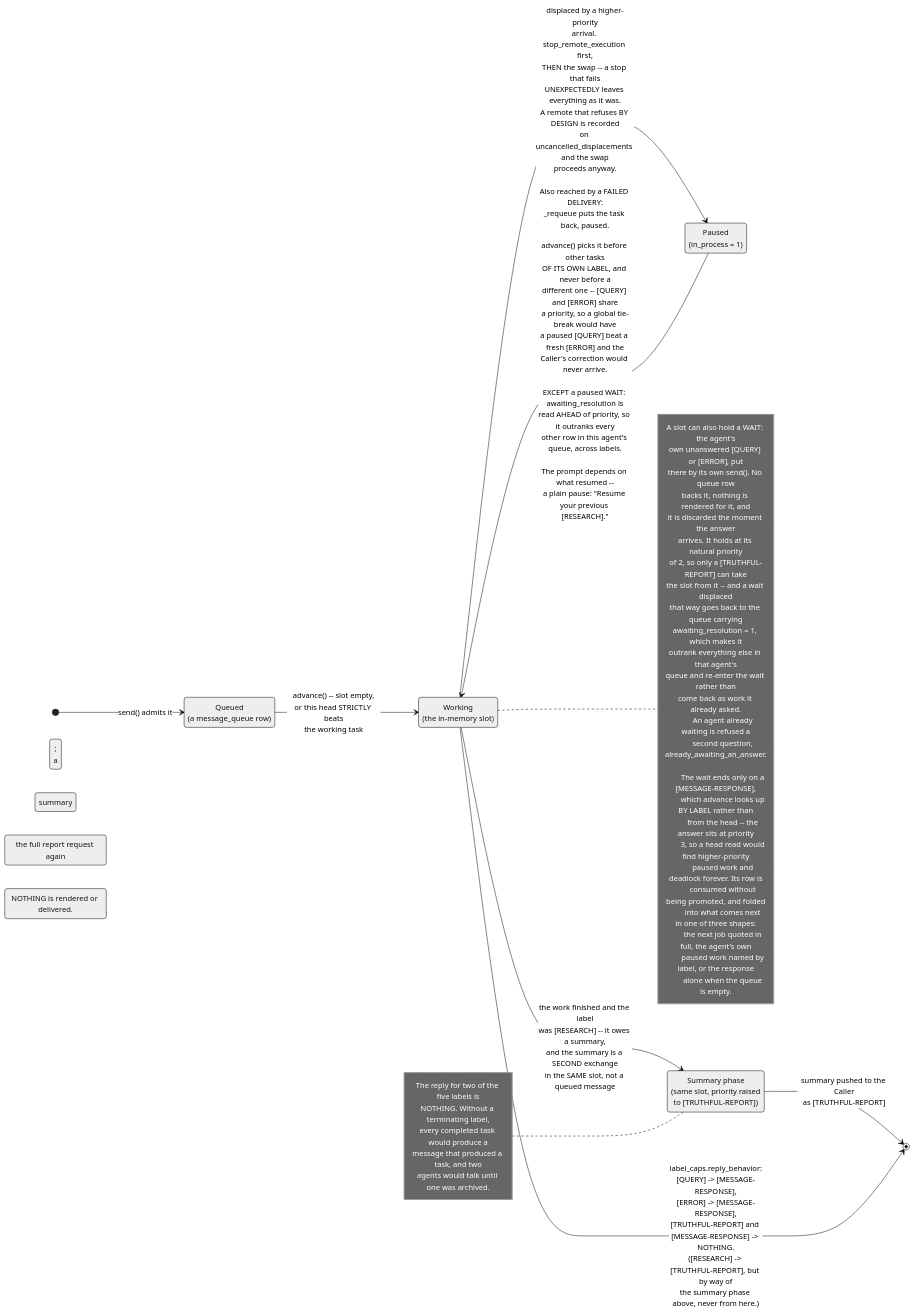
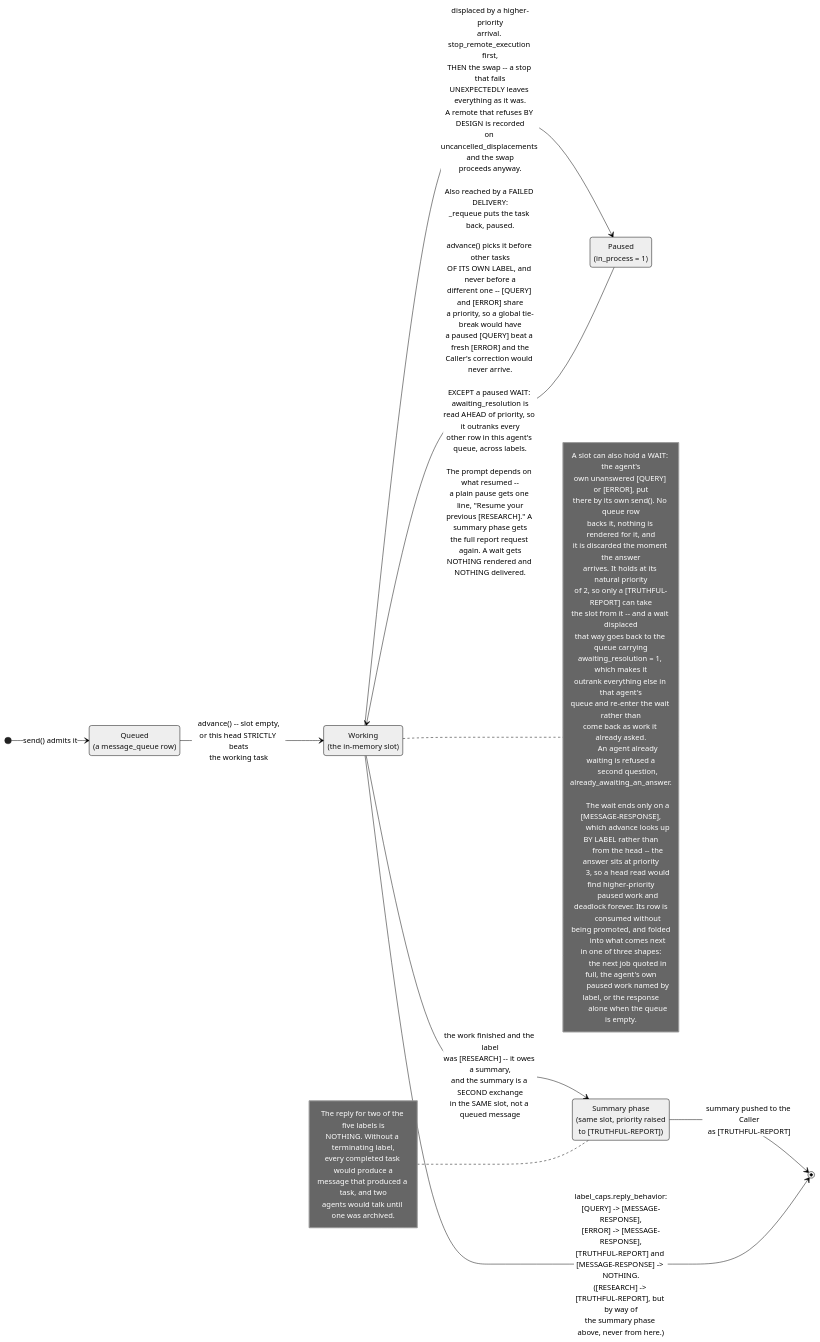
The diagram in visualizations/05-working-slot.mmd (CSScientist123/agent-messaging-mcp-server), drawn with Mermaid (neutral theme) before and after one commit. The commit also changed 9 other files, not shown here.

First line of the commit message:
fix: render the vault's diagrams too, and stop a silent Mermaid corruption

```diff
--- a/visualizations/05-working-slot.mmd
+++ b/visualizations/05-working-slot.mmd
@@ -1,63 +1,63 @@
 %% 05-working-slot.mmd
 %% What replaced the five-state machine: a task is queued, or it holds the working
 %% slot, or it is neither. There is no third place for it to be, and so no state
 %% column that can disagree with where the task actually is.
 stateDiagram-v2
     direction LR
 
     state "Queued<br/>(a message_queue row)" as Queued
     state "Paused<br/>(in_process = 1)" as Paused
     state "Working<br/>(the in-memory slot)" as Working
     state "Summary phase<br/>(same slot, priority raised<br/>to [TRUTHFUL-REPORT])" as Summary
 
     [*] --> Queued : send() admits it
 
     Queued --> Working : advance() -- slot empty,<br/>or this head STRICTLY beats<br/>the working task
 
     Working --> Paused : displaced by a higher-priority<br/>arrival. stop_remote_execution first,<br/>THEN the swap -- a stop that fails<br/>UNEXPECTEDLY leaves everything as it was.<br/>A remote that refuses BY DESIGN is recorded<br/>on uncancelled_displacements and the swap<br/>proceeds anyway.<br/><br/>Also reached by a FAILED DELIVERY:<br/>_requeue puts the task back, paused.
 
-    Paused --> Working : advance() picks it before other tasks<br/>OF ITS OWN LABEL, and never before a<br/>different one -- [QUERY] and [ERROR] share<br/>a priority, so a global tie-break would have<br/>a paused [QUERY] beat a fresh [ERROR] and the<br/>Caller\'s correction would never arrive.<br/><br/>EXCEPT a paused WAIT: awaiting_resolution is<br/>read AHEAD of priority, so it outranks every<br/>other row in this agent\'s queue, across labels.<br/><br/>The prompt depends on what resumed --<br/>a plain pause: "Resume your previous [RESEARCH].";<br/>a summary phase: the full report request again;<br/>a wait: NOTHING is rendered or delivered.
+    Paused --> Working : advance() picks it before other tasks<br/>OF ITS OWN LABEL, and never before a<br/>different one -- [QUERY] and [ERROR] share<br/>a priority, so a global tie-break would have<br/>a paused [QUERY] beat a fresh [ERROR] and the<br/>Caller\'s correction would never arrive.<br/><br/>EXCEPT a paused WAIT: awaiting_resolution is<br/>read AHEAD of priority, so it outranks every<br/>other row in this agent\'s queue, across labels.<br/><br/>The prompt depends on what resumed --<br/>a plain pause gets one line, "Resume your<br/>previous [RESEARCH]." A summary phase gets<br/>the full report request again. A wait gets<br/>NOTHING rendered and NOTHING delivered.
 
     Working --> Summary : the work finished and the label<br/>was [RESEARCH] -- it owes a summary,<br/>and the summary is a SECOND exchange<br/>in the SAME slot, not a queued message
 
     Summary --> [*] : summary pushed to the Caller<br/>as [TRUTHFUL-REPORT]
 
     Working --> [*] : label_caps.reply_behavior:<br/>[QUERY] -> [MESSAGE-RESPONSE],<br/>[ERROR] -> [MESSAGE-RESPONSE],<br/>[TRUTHFUL-REPORT] and [MESSAGE-RESPONSE] -> NOTHING.<br/>([RESEARCH] -> [TRUTHFUL-REPORT], but by way of<br/>the summary phase above, never from here.)
 
     note right of Working
         A slot can also hold a WAIT: the agent's
         own unanswered [QUERY] or [ERROR], put
         there by its own send(). No queue row
         backs it, nothing is rendered for it, and
         it is discarded the moment the answer
         arrives. It holds at its natural priority
         of 2, so only a [TRUTHFUL-REPORT] can take
         the slot from it -- and a wait displaced
         that way goes back to the queue carrying
         awaiting_resolution = 1, which makes it
         outrank everything else in that agent's
         queue and re-enter the wait rather than
         come back as work it already asked.
 
         An agent already waiting is refused a
         second question, already_awaiting_an_answer.
 
         The wait ends only on a [MESSAGE-RESPONSE],
         which advance looks up BY LABEL rather than
         from the head -- the answer sits at priority
         3, so a head read would find higher-priority
         paused work and deadlock forever. Its row is
         consumed without being promoted, and folded
         into what comes next in one of three shapes:
         the next job quoted in full, the agent's own
         paused work named by label, or the response
         alone when the queue is empty.
     end note
 
     note left of Summary
         The reply for two of the five labels is
         NOTHING. Without a terminating label,
         every completed task would produce a
         message that produced a task, and two
         agents would talk until one was archived.
     end note
```
